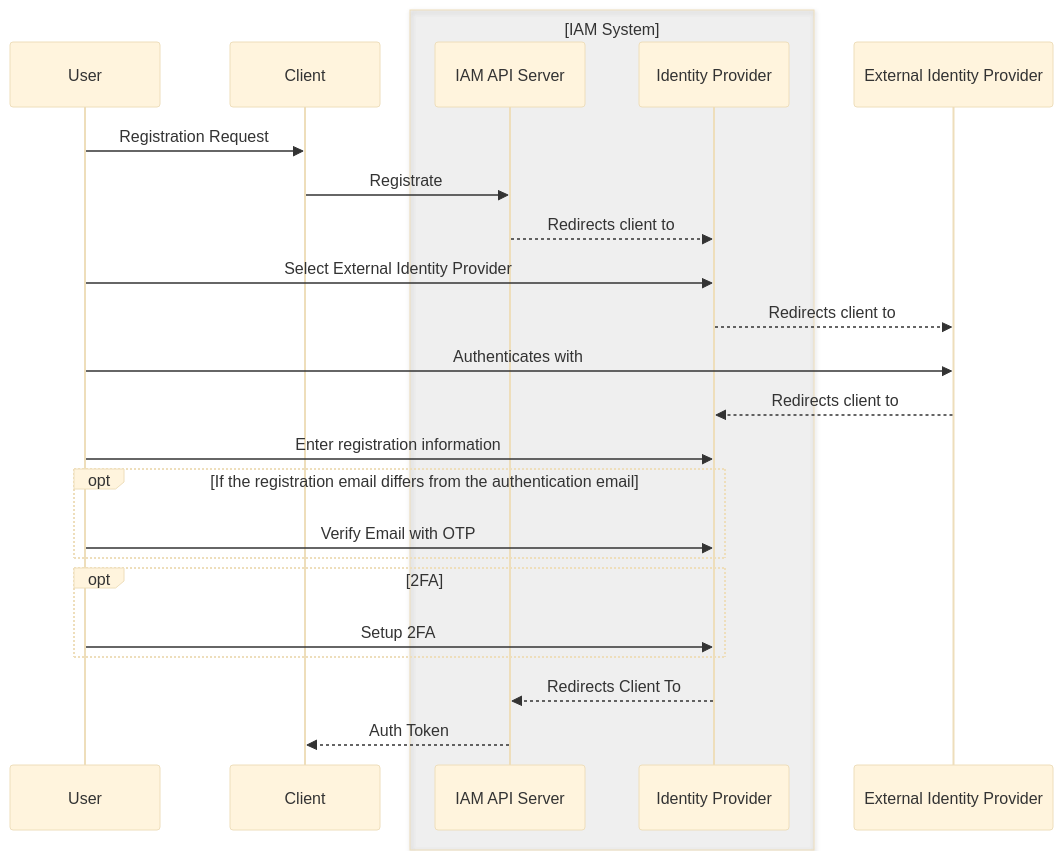
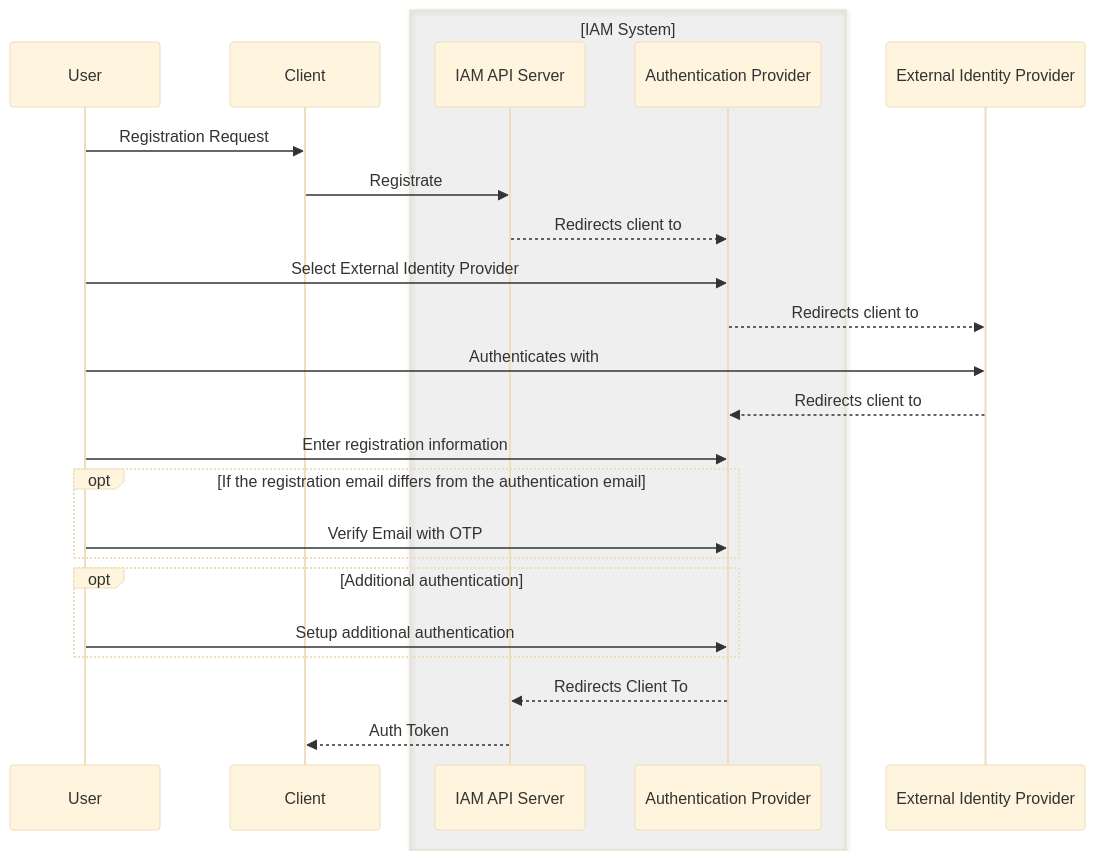
One commit to datum-cloud/enhancements changed the sixth of 9 diagrams in enhancements/business-os/identity-and-access-management/authentication/README.md. Above: the diagram before and after it, drawn with Mermaid (base theme). The commit also changed other lines of this file, not shown here.

Commit message:
feat: add user management flow

````diff
--- a/enhancements/business-os/identity-and-access-management/authentication/README.md
+++ b/enhancements/business-os/identity-and-access-management/authentication/README.md
@@ -491,27 +491,27 @@
 ```mermaid
 sequenceDiagram
   participant User
   participant Client as Client
   box rgba(93, 93, 93, 0.07) [IAM System]
   participant IAM as IAM API Server
-  participant IdP as Identity Provider
+  participant IdP as Authentication Provider
   end
   participant EIdP as External Identity Provider
 
   User->>Client: Registration Request
   Client->>IAM: Registrate
   IAM-->>IdP: Redirects client to
   User->>IdP: Select External Identity Provider
   IdP-->>EIdP: Redirects client to
   User->>EIdP: Authenticates with
   EIdP-->>IdP: Redirects client to
   User->>IdP: Enter registration information
   opt If the registration email differs from the authentication email
   User->>IdP: Verify Email with OTP
   end
-  opt 2FA
-  User->>IdP: Setup 2FA
+  opt Additional authentication
+  User->>IdP: Setup additional authentication
   end
   IdP-->>IAM: Redirects Client To
   IAM-->>Client: Auth Token
 ```
````
